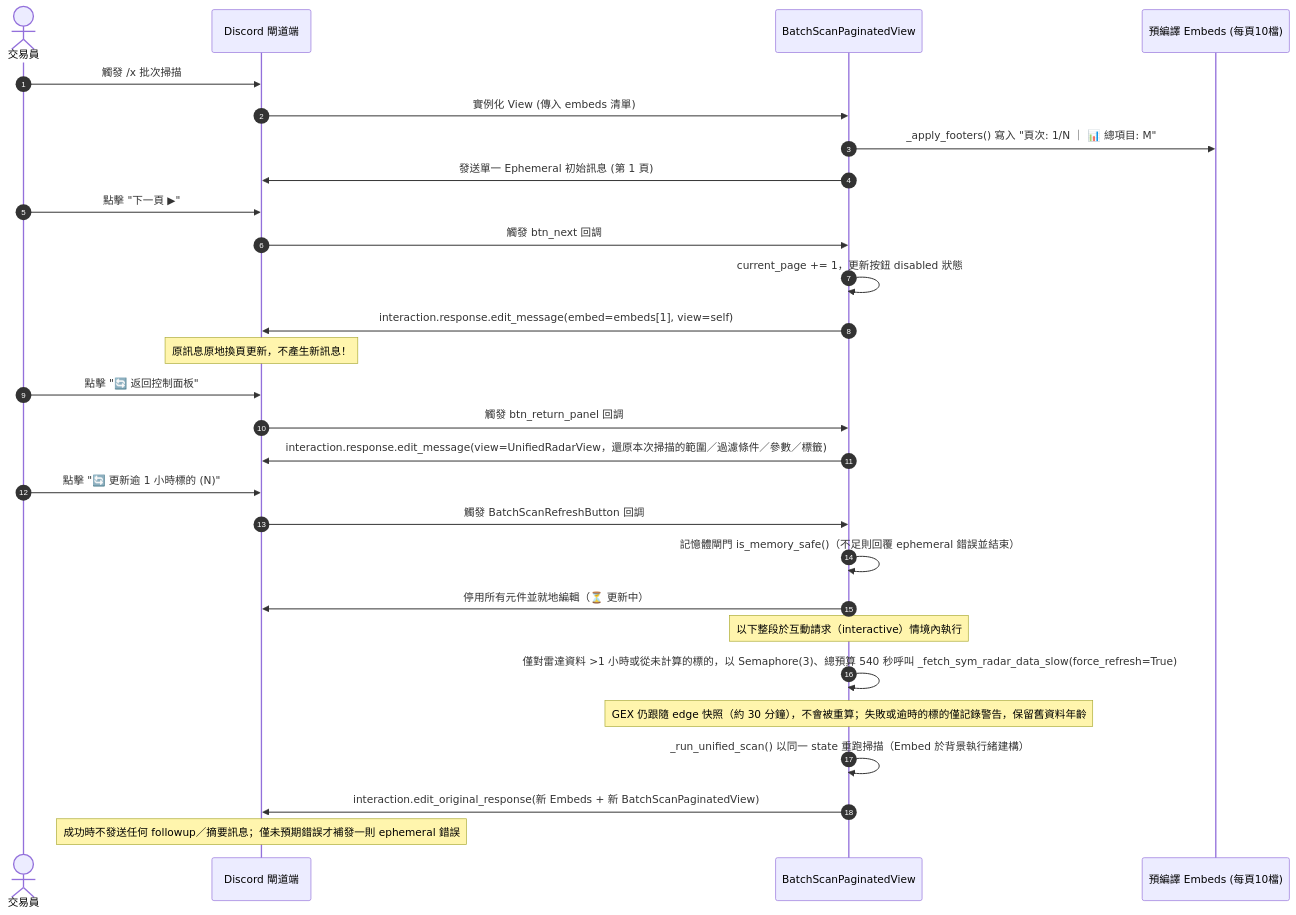
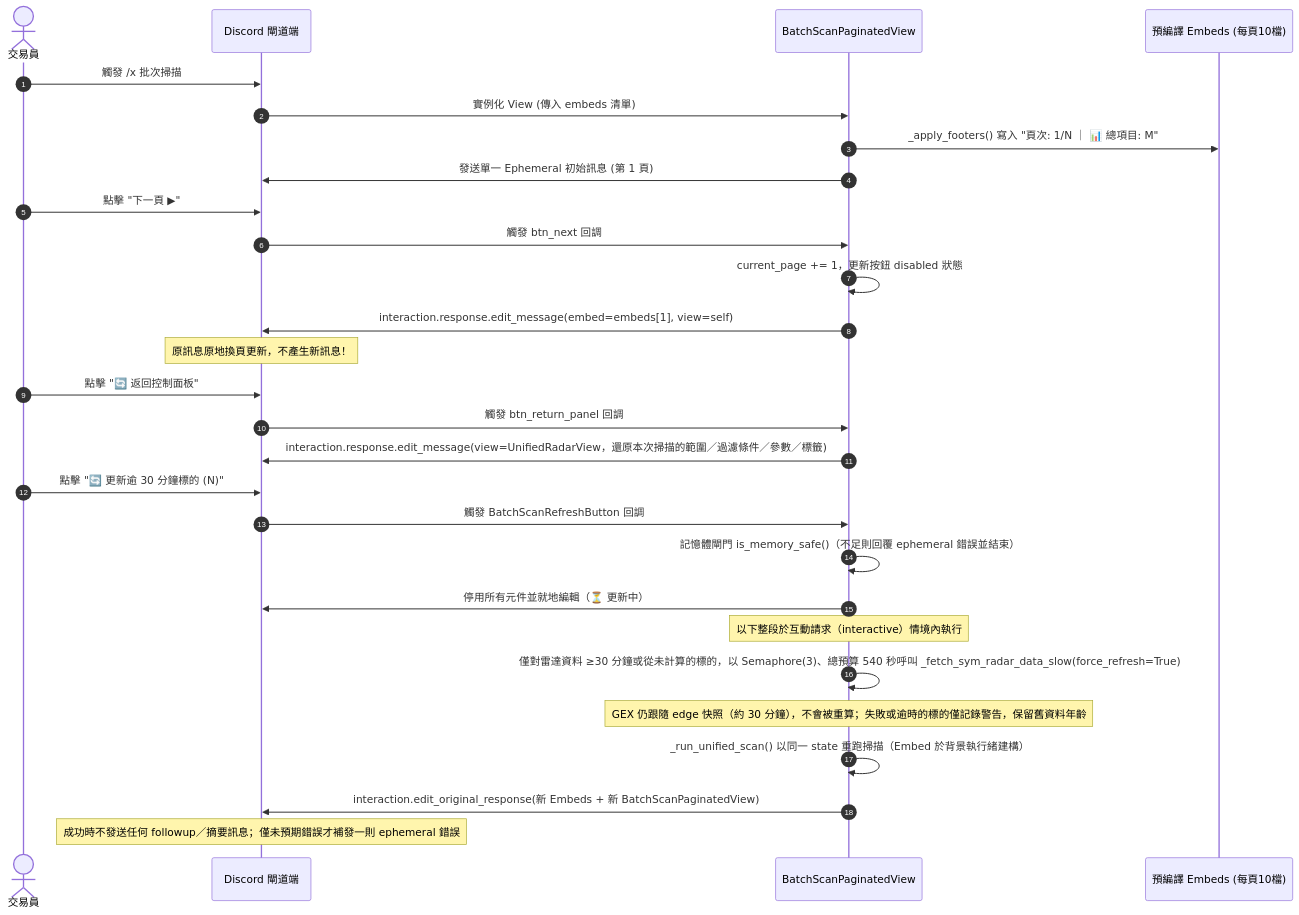
The second of 3 diagrams in docs/architecture/04_engineering_standards.md (cosmo-chang-1701/nexus-seeker), drawn with Mermaid before and after one commit. The commit also changed 16 other files, not shown here.

````diff
--- a/docs/architecture/04_engineering_standards.md
+++ b/docs/architecture/04_engineering_standards.md
@@ -107,34 +107,34 @@
 ```mermaid
 sequenceDiagram
     autonumber
     actor User as 交易員
     participant Discord as Discord 閘道端
     participant View as BatchScanPaginatedView
     participant Embeds as 預編譯 Embeds (每頁10檔)
 
     User->>Discord: 觸發 /x 批次掃描
     Discord->>View: 實例化 View (傳入 embeds 清單)
     View->>Embeds: _apply_footers() 寫入 "頁次: 1/N ｜ 📊 總項目: M"
     View->>Discord: 發送單一 Ephemeral 初始訊息 (第 1 頁)
 
     User->>Discord: 點擊 "下一頁 ▶"
     Discord->>View: 觸發 btn_next 回調
     View->>View: current_page += 1，更新按鈕 disabled 狀態
     View->>Discord: interaction.response.edit_message(embed=embeds[1], view=self)
     Note over Discord: 原訊息原地換頁更新，不產生新訊息！
 
     User->>Discord: 點擊 "🔄 返回控制面板"
     Discord->>View: 觸發 btn_return_panel 回調
     View->>Discord: interaction.response.edit_message(view=UnifiedRadarView，還原本次掃描的範圍／過濾條件／參數／標籤)
 
-    User->>Discord: 點擊 "🔄 更新逾 1 小時標的 (N)"
+    User->>Discord: 點擊 "🔄 更新逾 30 分鐘標的 (N)"
     Discord->>View: 觸發 BatchScanRefreshButton 回調
     View->>View: 記憶體閘門 is_memory_safe()（不足則回覆 ephemeral 錯誤並結束）
     View->>Discord: 停用所有元件並就地編輯（⏳ 更新中）
     Note over View: 以下整段於互動請求（interactive）情境內執行
-    View->>View: 僅對雷達資料 >1 小時或從未計算的標的，以 Semaphore(3)、總預算 540 秒呼叫 _fetch_sym_radar_data_slow(force_refresh=True)
+    View->>View: 僅對雷達資料 ≥30 分鐘或從未計算的標的，以 Semaphore(3)、總預算 540 秒呼叫 _fetch_sym_radar_data_slow(force_refresh=True)
     Note over View: GEX 仍跟隨 edge 快照（約 30 分鐘），不會被重算；失敗或逾時的標的僅記錄警告，保留舊資料年齡
     View->>View: _run_unified_scan() 以同一 state 重跑掃描（Embed 於背景執行緒建構）
     View->>Discord: interaction.edit_original_response(新 Embeds + 新 BatchScanPaginatedView)
     Note over Discord: 成功時不發送任何 followup／摘要訊息；僅未預期錯誤才補發一則 ephemeral 錯誤
 ```
````
